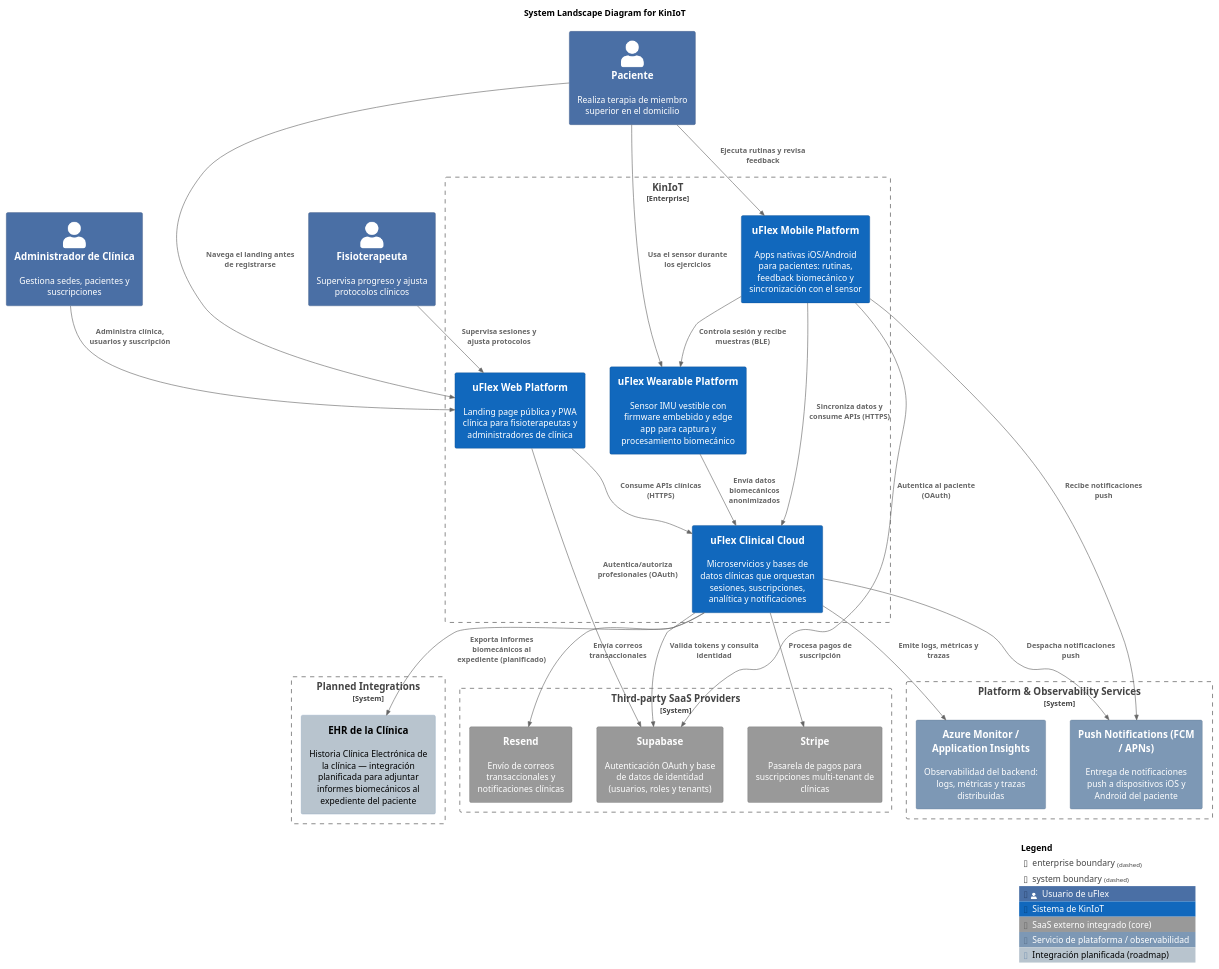
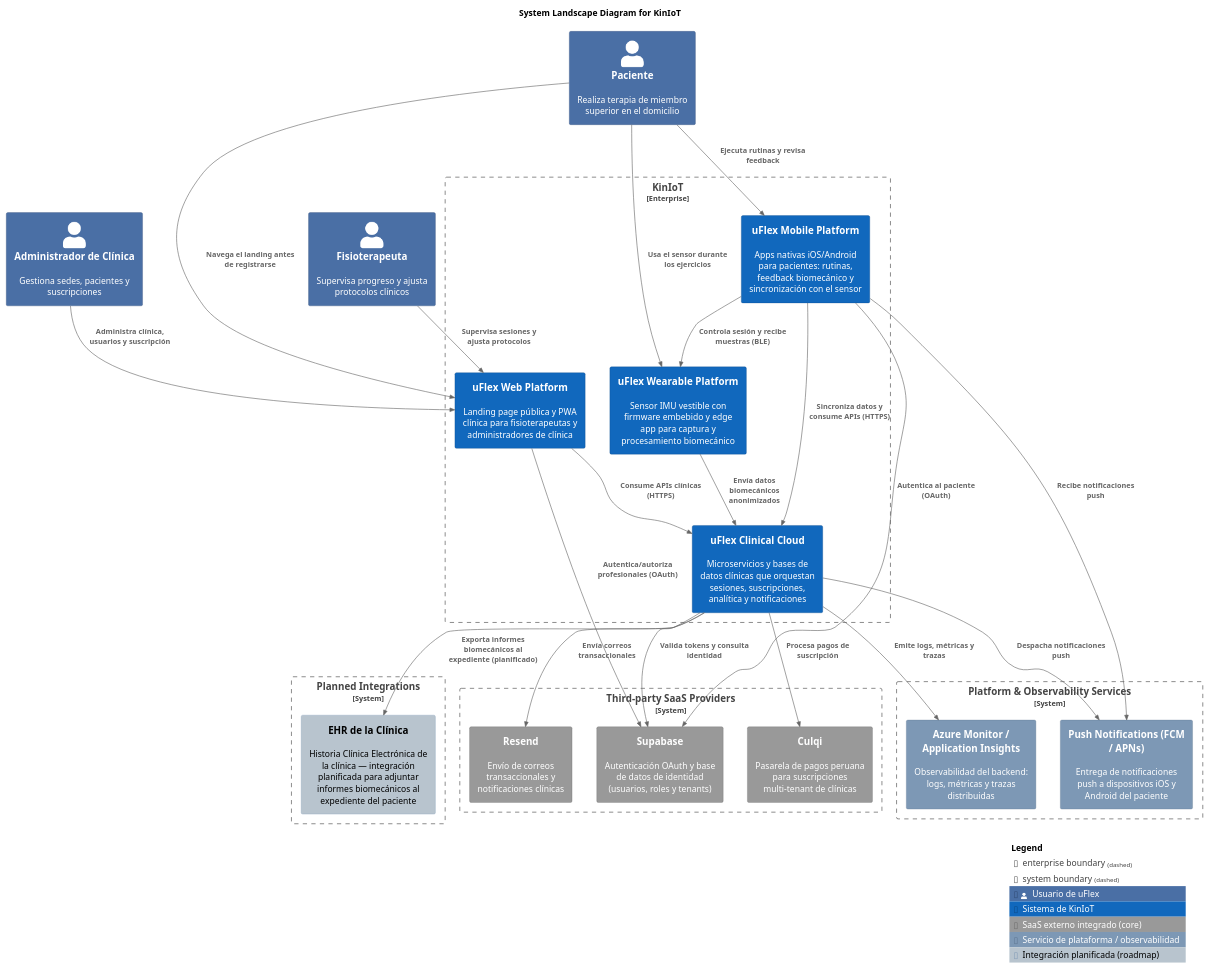
One commit to kiniot/uflex-project-report changed the diagram in assets/diagrams/software-architecture/landscape/src/landscape.puml. Above: the diagram before and after it, drawn with PlantUML. The commit also changed 5 other files, not shown here.

First line of the commit message:
docs(chapter-4): switch Stripe to Culqi and reintroduce IAM Service

```diff
--- a/assets/diagrams/software-architecture/landscape/src/landscape.puml
+++ b/assets/diagrams/software-architecture/landscape/src/landscape.puml
@@ -1,96 +1,96 @@
 @startuml uflex-sa-landscape
 !include https://raw.githubusercontent.com/plantuml-stdlib/C4-PlantUML/master/C4_Context.puml
 !include https://raw.githubusercontent.com/plantuml-stdlib/C4-PlantUML/master/C4_Container.puml
 !include https://raw.githubusercontent.com/plantuml-stdlib/C4-PlantUML/master/C4_Component.puml
 
 ' Styling approximations for Structurizr look (blue & gray palette)
 skinparam shadowing false
 skinparam defaultFontName Arial
 skinparam Handwritten false
 skinparam Padding 3
 skinparam wrapWidth 200
 skinparam nodesep 40
 skinparam ranksep 60
 
 ' ---- Tags / legend ----
 AddPersonTag("user",     $bgColor="#4A6FA5", $fontColor="#ffffff", $borderColor="#2F4A73", $legendText="Usuario de uFlex")
 AddSystemTag("kiniot",   $bgColor="#1168BD", $fontColor="#ffffff", $borderColor="#0B4884", $legendText="Sistema de KinIoT")
 AddSystemTag("external", $bgColor="#999999", $fontColor="#ffffff", $borderColor="#6B6B6B", $legendText="SaaS externo integrado (core)")
 AddSystemTag("platform", $bgColor="#7D98B5", $fontColor="#ffffff", $borderColor="#5C7590", $legendText="Servicio de plataforma / observabilidad")
 AddSystemTag("planned",  $bgColor="#B8C4CE", $fontColor="#000000", $borderColor="#7D98B5", $legendText="Integración planificada (roadmap)")
 
 title System Landscape Diagram for KinIoT
 
 ' =========================================================
 ' Actors
 ' =========================================================
 Person(patient,         "Paciente",                 "Realiza terapia de miembro superior en el domicilio", $tags="user")
 Person(physiotherapist, "Fisioterapeuta",           "Supervisa progreso y ajusta protocolos clínicos", $tags="user")
 Person(clinicAdmin,     "Administrador de Clínica", "Gestiona sedes, pacientes y suscripciones", $tags="user")
 
 ' =========================================================
 ' KinIoT enterprise boundary — uFlex decomposed into its high-level sub-systems
 ' =========================================================
 Enterprise_Boundary(kiniot, "KinIoT") {
   System(webPlatform,      "uFlex Web Platform",      "Landing page pública y PWA clínica para fisioterapeutas y administradores de clínica", $tags="kiniot")
   System(mobilePlatform,   "uFlex Mobile Platform",   "Apps nativas iOS/Android para pacientes: rutinas, feedback biomecánico y sincronización con el sensor", $tags="kiniot")
   System(wearablePlatform, "uFlex Wearable Platform", "Sensor IMU vestible con firmware embebido y edge app para captura y procesamiento biomecánico", $tags="kiniot")
   System(clinicalCloud,    "uFlex Clinical Cloud",    "Microservicios y bases de datos clínicas que orquestan sesiones, suscripciones, analítica y notificaciones", $tags="kiniot")
 }
 
 ' =========================================================
 ' Third-party SaaS (core integrations — grey)
 ' =========================================================
 System_Boundary(saasProviders, "Third-party SaaS Providers") {
   System_Ext(supabase, "Supabase", "Autenticación OAuth y base de datos de identidad (usuarios, roles y tenants)", $tags="external")
-  System_Ext(stripe,   "Stripe",   "Pasarela de pagos para suscripciones multi-tenant de clínicas",              $tags="external")
+  System_Ext(culqi,    "Culqi",    "Pasarela de pagos peruana para suscripciones multi-tenant de clínicas",      $tags="external")
   System_Ext(resend,   "Resend",   "Envío de correos transaccionales y notificaciones clínicas",                  $tags="external")
 }
 
 ' =========================================================
 ' Platform / observability services (blue-gray)
 ' =========================================================
 System_Boundary(platformServices, "Platform & Observability Services") {
   System_Ext(pushProvider, "Push Notifications (FCM / APNs)",    "Entrega de notificaciones push a dispositivos iOS y Android del paciente", $tags="platform")
   System_Ext(azureMonitor, "Azure Monitor / Application Insights","Observabilidad del backend: logs, métricas y trazas distribuidas",          $tags="platform")
 }
 
 ' =========================================================
 ' Planned integrations (light gray — roadmap)
 ' =========================================================
 System_Boundary(plannedIntegrations, "Planned Integrations") {
   System_Ext(clinicEhr, "EHR de la Clínica", "Historia Clínica Electrónica de la clínica — integración planificada para adjuntar informes biomecánicos al expediente del paciente", $tags="planned")
 }
 
 ' =========================================================
 ' People → KinIoT systems
 ' =========================================================
 Rel(patient,         webPlatform,      "Navega el landing antes de registrarse")
 Rel(patient,         mobilePlatform,   "Ejecuta rutinas y revisa feedback")
 Rel(patient,         wearablePlatform, "Usa el sensor durante los ejercicios")
 Rel(physiotherapist, webPlatform,      "Supervisa sesiones y ajusta protocolos")
 Rel(clinicAdmin,     webPlatform,      "Administra clínica, usuarios y suscripción")
 
 ' =========================================================
 ' Intra-KinIoT interactions
 ' =========================================================
 Rel(mobilePlatform,   wearablePlatform, "Controla sesión y recibe muestras (BLE)")
 Rel(mobilePlatform,   clinicalCloud,    "Sincroniza datos y consume APIs (HTTPS)")
 Rel(webPlatform,      clinicalCloud,    "Consume APIs clínicas (HTTPS)")
 Rel(wearablePlatform, clinicalCloud,    "Envía datos biomecánicos anonimizados")
 
 ' =========================================================
 ' KinIoT systems → external ecosystem
 ' =========================================================
 Rel(mobilePlatform, supabase,     "Autentica al paciente (OAuth)")
 Rel(webPlatform,    supabase,     "Autentica/autoriza profesionales (OAuth)")
 Rel(clinicalCloud,  supabase,     "Valida tokens y consulta identidad")
-Rel(clinicalCloud,  stripe,       "Procesa pagos de suscripción")
+Rel(clinicalCloud,  culqi,        "Procesa pagos de suscripción")
 Rel(clinicalCloud,  resend,       "Envía correos transaccionales")
 Rel(clinicalCloud,  pushProvider, "Despacha notificaciones push")
 Rel(mobilePlatform, pushProvider, "Recibe notificaciones push")
 Rel(clinicalCloud,  azureMonitor, "Emite logs, métricas y trazas")
 Rel(clinicalCloud,  clinicEhr,    "Exporta informes biomecánicos al expediente (planificado)")
 
 SHOW_LEGEND()
 @enduml
```
